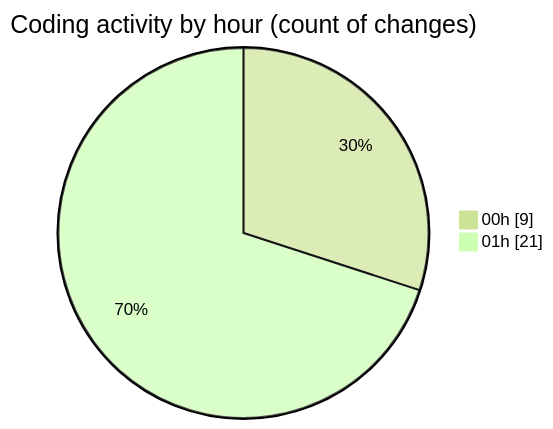
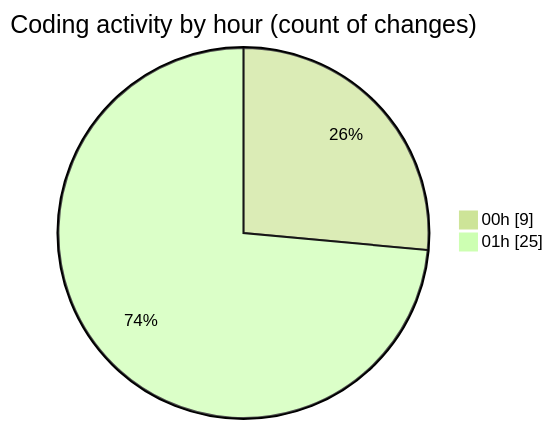
The second of 2 diagrams in 2025-11-18/eventscop-frontend-guide__workspace_/README.md (julien-gomy/code-tracking), drawn with Mermaid (forest theme) before and after one commit. The commit also changed other lines of this file and 1 other file, not shown here.

````diff
--- a/2025-11-18/eventscop-frontend-guide__workspace_/README.md
+++ b/2025-11-18/eventscop-frontend-guide__workspace_/README.md
@@ -33,6 +36,6 @@
 ```mermaid
 pie showData
 title Coding activity by hour (count of changes)
 "00h" : 9
-"01h" : 21
+"01h" : 25
 ```
````
